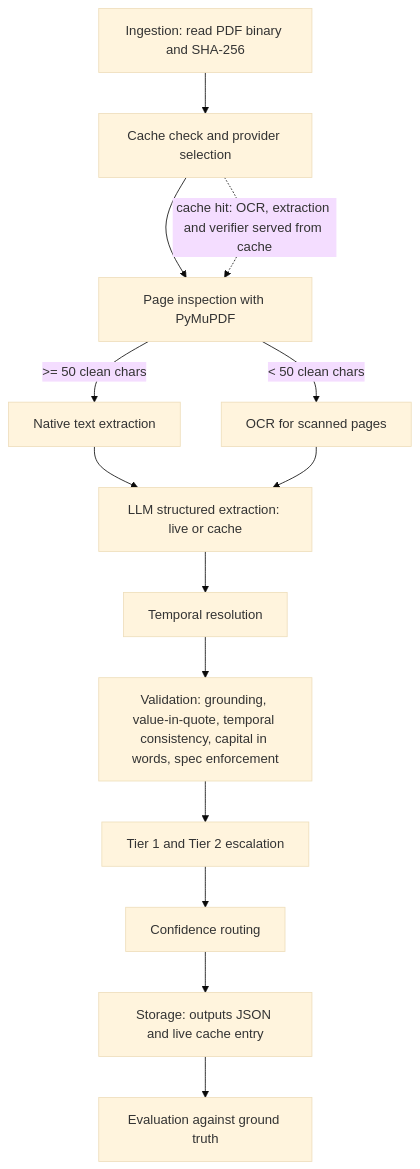
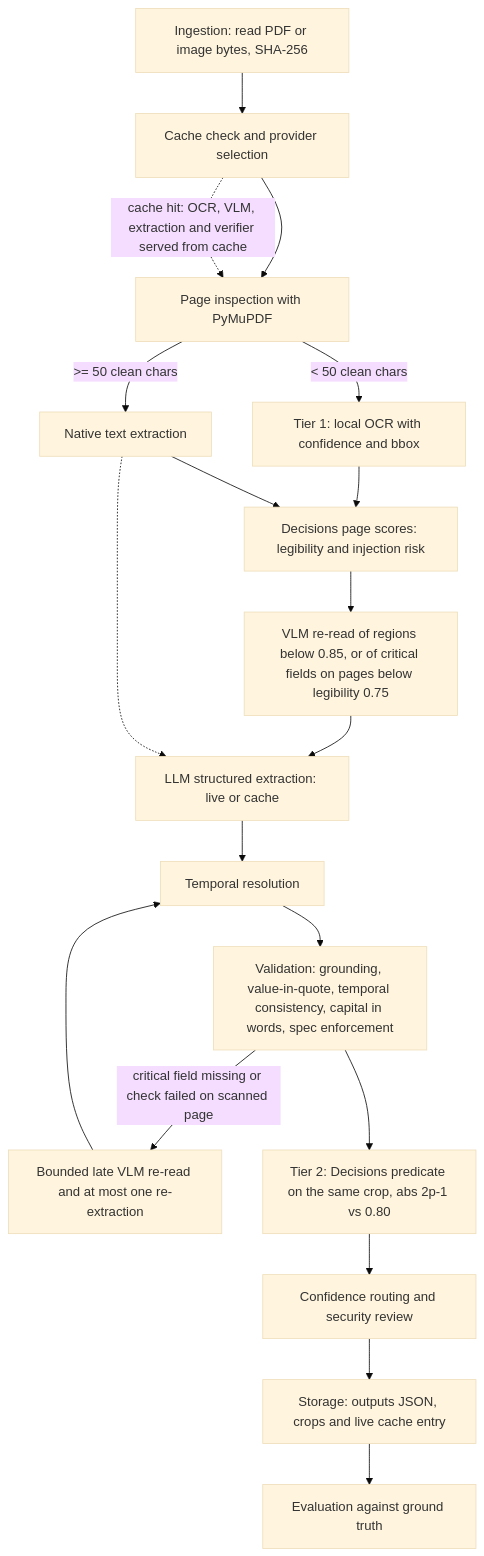
Before and after one commit to rupi-rs/actas-constitutivas-pipeline: the diagram in README.md, drawn with Mermaid (base theme). The commit also changed other lines of this file, not shown here.

Commit message:
docs: align README with final pipeline, provider modes and measured live results

````diff
--- a/README.md
+++ b/README.md
@@ -41,16 +67,21 @@
 ```mermaid
 flowchart TD
-    A[Ingestion: read PDF binary and SHA-256] --> B[Cache check and provider selection]
+    A[Ingestion: read PDF or image bytes, SHA-256] --> B[Cache check and provider selection]
     B --> C[Page inspection with PyMuPDF]
     C -->|>= 50 clean chars| D[Native text extraction]
-    C -->|< 50 clean chars| E[OCR for scanned pages]
-    D --> G[LLM structured extraction: live or cache]
-    E --> G
+    C -->|< 50 clean chars| E[Tier 1: local OCR with confidence and bbox]
+    E --> PS[Decisions page scores: legibility and injection risk]
+    D --> PS
+    PS --> V[VLM re-read of regions below 0.85, or of critical fields on pages below legibility 0.75]
+    V --> G[LLM structured extraction: live or cache]
+    D -.-> G
     G --> I[Temporal resolution]
     I --> S[Validation: grounding, value-in-quote, temporal consistency, capital in words, spec enforcement]
-    S --> T[Tier 1 and Tier 2 escalation]
-    T --> R[Confidence routing]
-    R --> K[Storage: outputs JSON and live cache entry]
+    S -->|critical field missing or check failed on scanned page| LR[Bounded late VLM re-read and at most one re-extraction]
+    LR --> I
+    S --> T[Tier 2: Decisions predicate on the same crop, abs 2p-1 vs 0.80]
+    T --> R[Confidence routing and security review]
+    R --> K[Storage: outputs JSON, crops and live cache entry]
     K --> L[Evaluation against ground truth]
-    B -.->|cache hit: OCR, extraction and verifier served from cache| C
+    B -.->|cache hit: OCR, VLM, extraction and verifier served from cache| C
 ```
````
